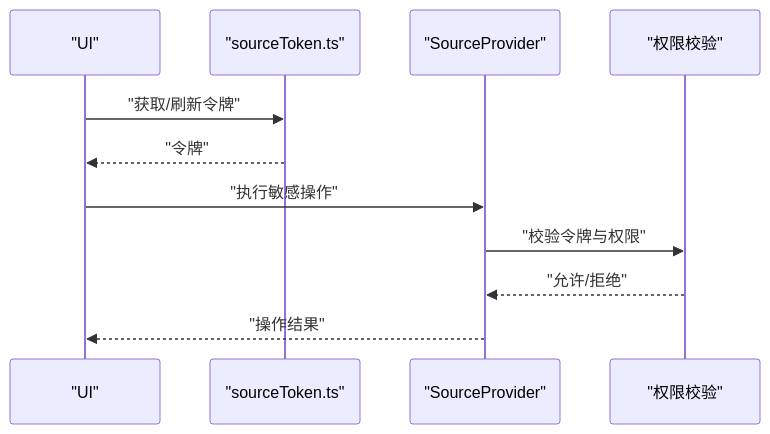
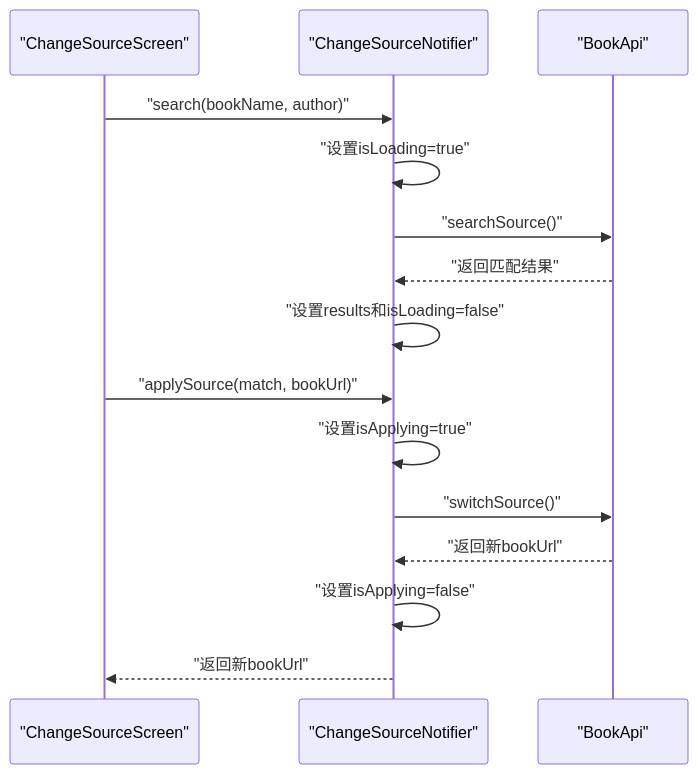
Before and after one commit to ZhangGHGitHub/LegadoTeamFlutter: the fifth of 9 diagrams in .qoder/repowiki/zh/content/Flutter跨平台应用/状态管理/源Provider/源Provider.md, drawn with Mermaid. The commit also changed other lines of this file and 173 other files, not shown here.

````diff
--- a/.qoder/repowiki/zh/content/Flutter跨平台应用/状态管理/源Provider/源Provider.md
+++ b/.qoder/repowiki/zh/content/Flutter跨平台应用/状态管理/源Provider/源Provider.md
@@ -290,13 +287,17 @@
 ```mermaid
 sequenceDiagram
-participant UI as "UI"
-participant Token as "sourceToken.ts"
-participant Provider as "SourceProvider"
-participant Auth as "权限校验"
-UI->>Token : "获取/刷新令牌"
-Token-->>UI : "令牌"
-UI->>Provider : "执行敏感操作"
-Provider->>Auth : "校验令牌与权限"
-Auth-->>Provider : "允许/拒绝"
-Provider-->>UI : "操作结果"
+participant UI as "ChangeSourceScreen"
+participant ChangeSourceNotifier as "ChangeSourceNotifier"
+participant BookApi as "BookApi"
+UI->>ChangeSourceNotifier : "search(bookName, author)"
+ChangeSourceNotifier->>ChangeSourceNotifier : "设置isLoading=true"
+ChangeSourceNotifier->>BookApi : "searchSource()"
+BookApi-->>ChangeSourceNotifier : "返回匹配结果"
+ChangeSourceNotifier->>ChangeSourceNotifier : "设置results和isLoading=false"
+UI->>ChangeSourceNotifier : "applySource(match, bookUrl)"
+ChangeSourceNotifier->>ChangeSourceNotifier : "设置isApplying=true"
+ChangeSourceNotifier->>BookApi : "switchSource()"
+BookApi-->>ChangeSourceNotifier : "返回新bookUrl"
+ChangeSourceNotifier->>ChangeSourceNotifier : "设置isApplying=false"
+ChangeSourceNotifier-->>UI : "返回新bookUrl"
 ```
````
